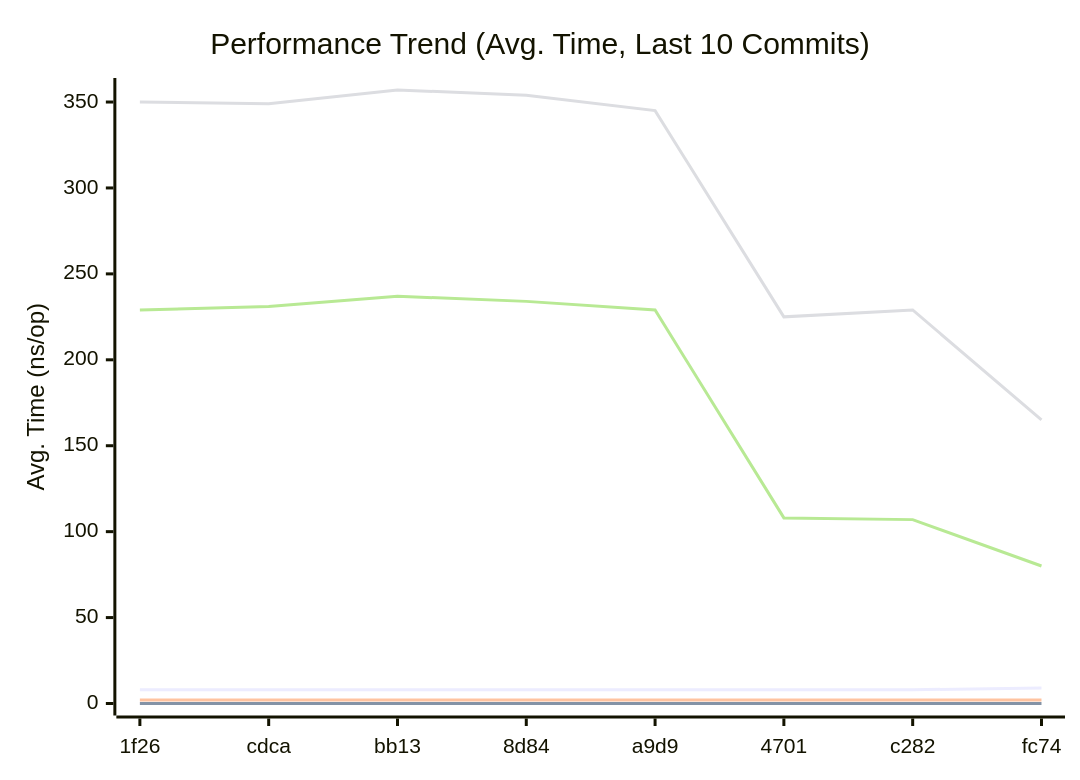
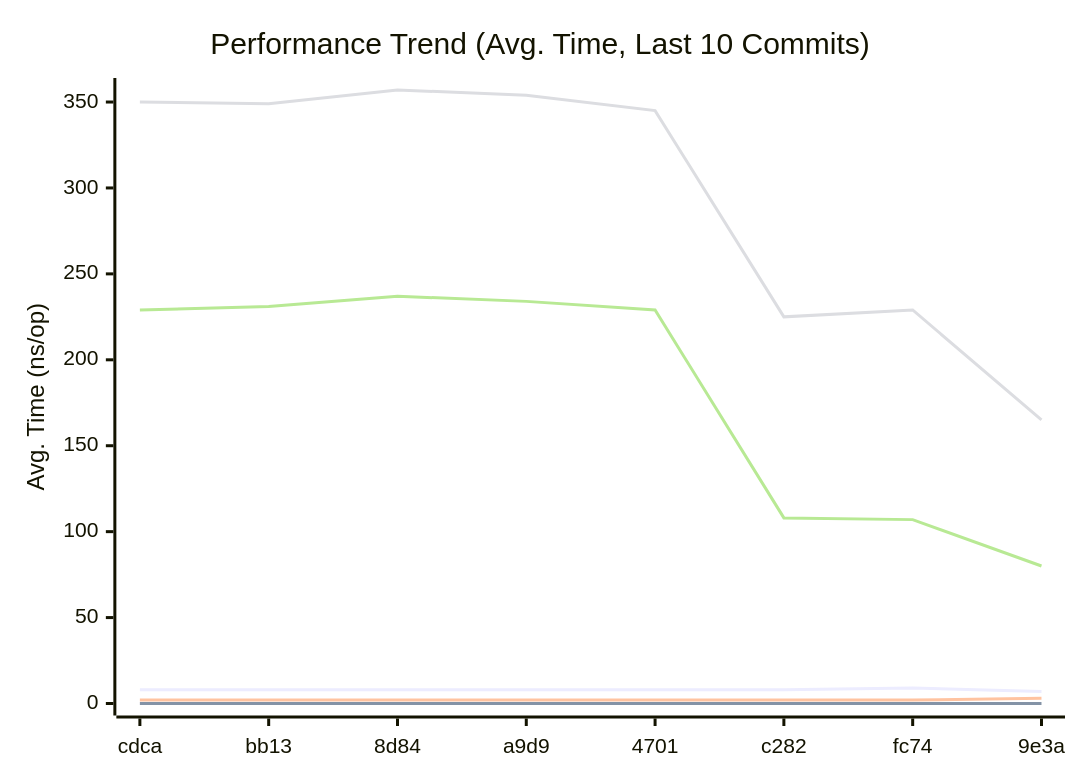
One commit to alsotoes/momo changed the first of 3 diagrams in doc/README.md. Above: the diagram before and after it, drawn with Mermaid. The commit also changed other lines of this file and 1 other file, not shown here.

````diff
--- a/doc/README.md
+++ b/doc/README.md
@@ -296,12 +296,12 @@
 ```mermaid
 xychart-beta
     title "Performance Trend (Avg. Time, Last 10 Commits)"
     x-axis "Commit"
     y-axis "Avg. Time (ns/op)"
-    x-axis [1f26,cdca,bb13,8d84,a9d9,4701,c282,fc74]
-    line "CheckMetricsAndSwap" [8,8,8,8,8,8,8,9,7,9]
+    x-axis [cdca,bb13,8d84,a9d9,4701,c282,fc74,9e3a]
+    line "CheckMetricsAndSwap" [8,8,8,8,8,8,9,7,9,9]
     line "IndexDirectTracking" [0,0,0,0,0,0,0,0,0,0]
-    line "IndexSearch" [2,2,2,2,2,2,2,2,3,3]
-    line "ParseReplicationOrder_NoPrealloc" [350,349,357,354,345,225,229,165,232]
-    line "ParseReplicationOrder_Prealloc" [229,231,237,234,229,108,107,80,110]
+    line "IndexSearch" [2,2,2,2,2,2,2,3,3,3]
+    line "ParseReplicationOrder_NoPrealloc" [350,349,357,354,345,225,229,165,232,234]
+    line "ParseReplicationOrder_Prealloc" [229,231,237,234,229,108,107,80,110,109]
 ```
````
